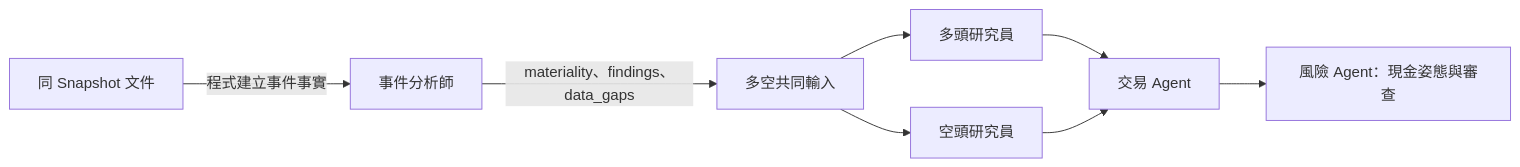
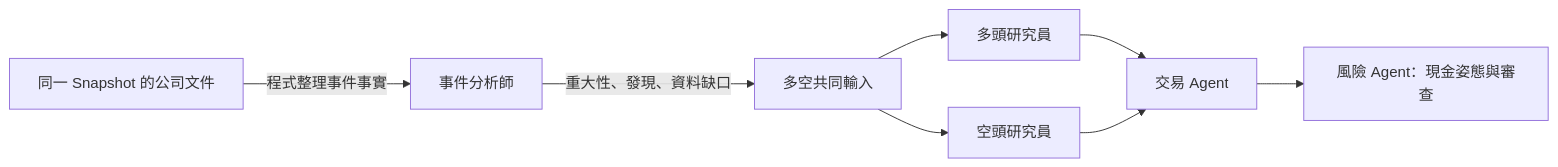
Before and after one commit to zxcvb8885123/ETF-AGENTS: the diagram in docs/integrated_event_analysis.md, drawn with Mermaid. The commit also changed other lines of this file and 4 other files, not shown here.

````diff
--- a/docs/integrated_event_analysis.md
+++ b/docs/integrated_event_analysis.md
@@ -13,10 +13,10 @@
 ```mermaid
 flowchart LR
-    D[同 Snapshot 文件] -->|程式建立事件事實| E[事件分析師]
-    E -->|materiality、findings、data_gaps| C[多空共同輸入]
+    D[同一 Snapshot 的公司文件] -->|程式整理事件事實| E[事件分析師]
+    E -->|重大性、發現、資料缺口| C[多空共同輸入]
     C --> Bull[多頭研究員]
     C --> Bear[空頭研究員]
     Bull --> T[交易 Agent]
     Bear --> T
     T --> R[風險 Agent：現金姿態與審查]
 ```
````
